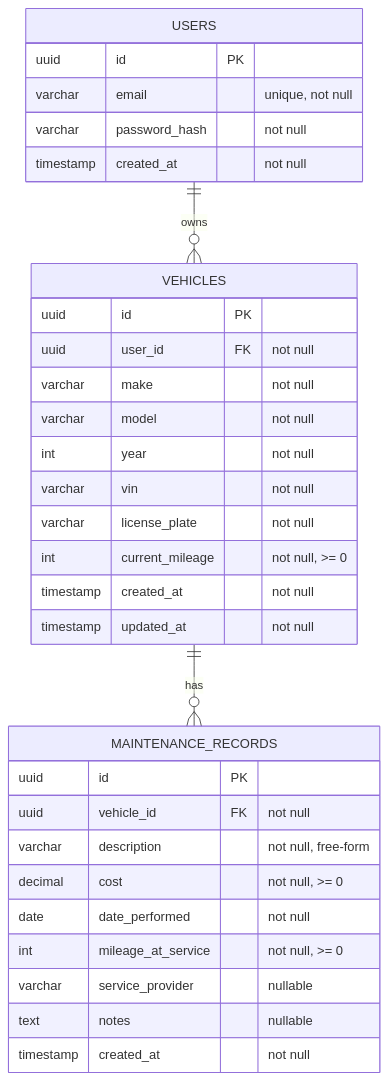
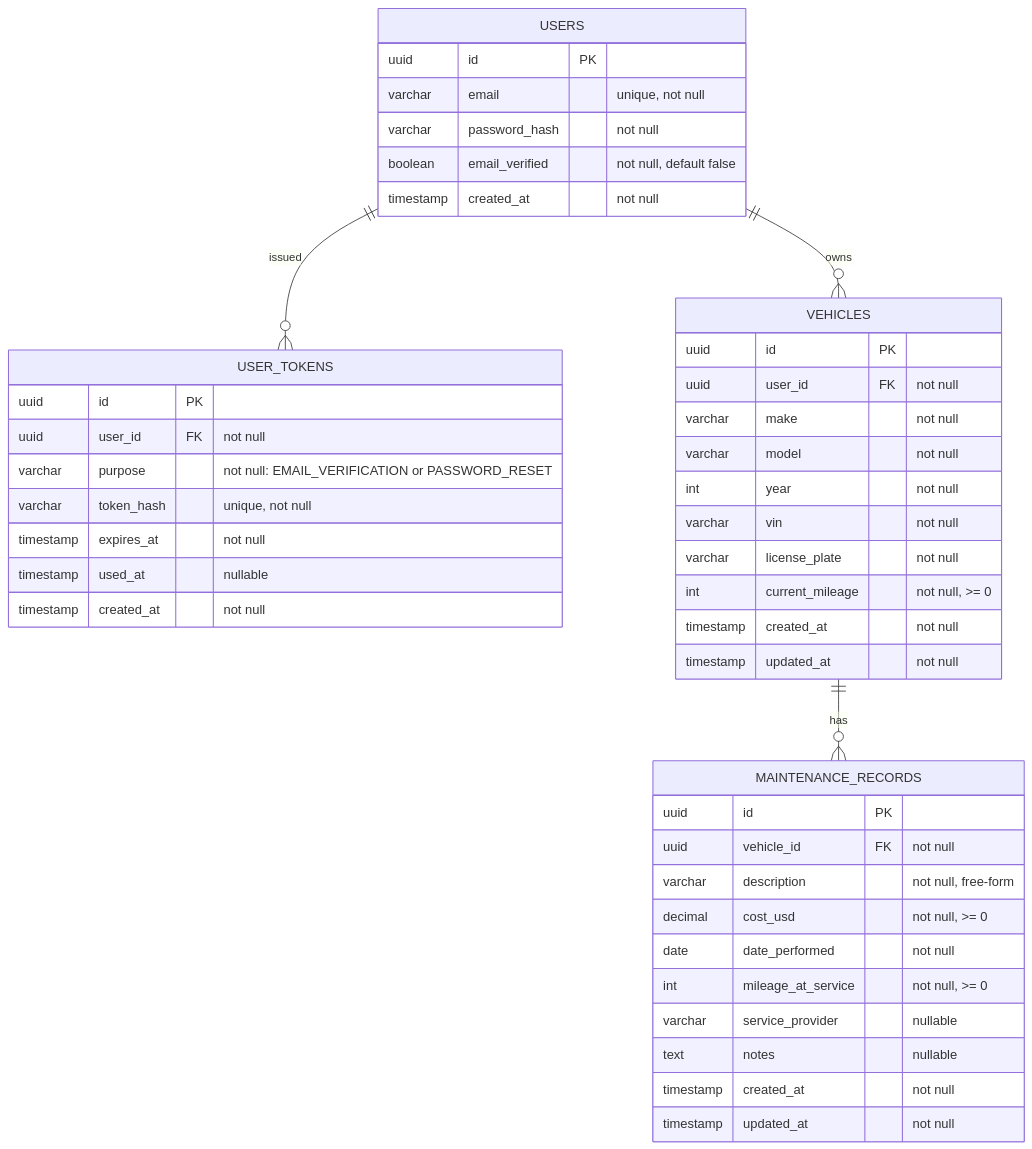
One commit to dieggob/TechnicalTestModernTech changed the second of 13 diagrams in Docs/designs/Vehicle Maintenance Tracker.md. Above: the diagram before and after it, drawn with Mermaid. The commit also changed other lines of this file and 2 other files, not shown here.

````diff
--- a/Docs/designs/Vehicle Maintenance Tracker.md
+++ b/Docs/designs/Vehicle Maintenance Tracker.md
@@ -161,34 +205,46 @@
 ```mermaid
 erDiagram
   USERS {
     uuid id PK
     varchar email "unique, not null"
     varchar password_hash "not null"
+    boolean email_verified "not null, default false"
+    timestamp created_at "not null"
+  }
+  USER_TOKENS {
+    uuid id PK
+    uuid user_id FK "not null"
+    varchar purpose "not null: EMAIL_VERIFICATION or PASSWORD_RESET"
+    varchar token_hash "unique, not null"
+    timestamp expires_at "not null"
+    timestamp used_at "nullable"
     timestamp created_at "not null"
   }
   VEHICLES {
     uuid id PK
     uuid user_id FK "not null"
     varchar make "not null"
     varchar model "not null"
     int year "not null"
     varchar vin "not null"
     varchar license_plate "not null"
     int current_mileage "not null, >= 0"
     timestamp created_at "not null"
     timestamp updated_at "not null"
   }
   MAINTENANCE_RECORDS {
     uuid id PK
     uuid vehicle_id FK "not null"
     varchar description "not null, free-form"
-    decimal cost "not null, >= 0"
+    decimal cost_usd "not null, >= 0"
     date date_performed "not null"
     int mileage_at_service "not null, >= 0"
     varchar service_provider "nullable"
     text notes "nullable"
     timestamp created_at "not null"
+    timestamp updated_at "not null"
   }
+  USERS ||--o{ USER_TOKENS : issued
   USERS ||--o{ VEHICLES : owns
   VEHICLES ||--o{ MAINTENANCE_RECORDS : has
 ```
````
